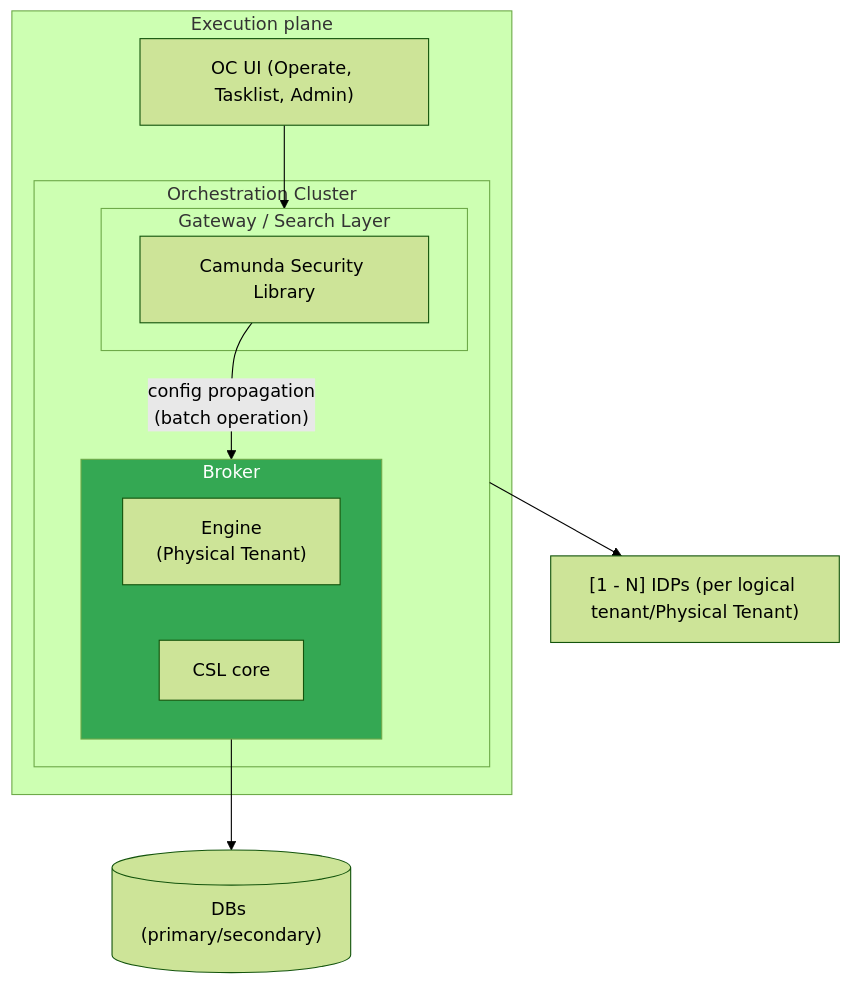
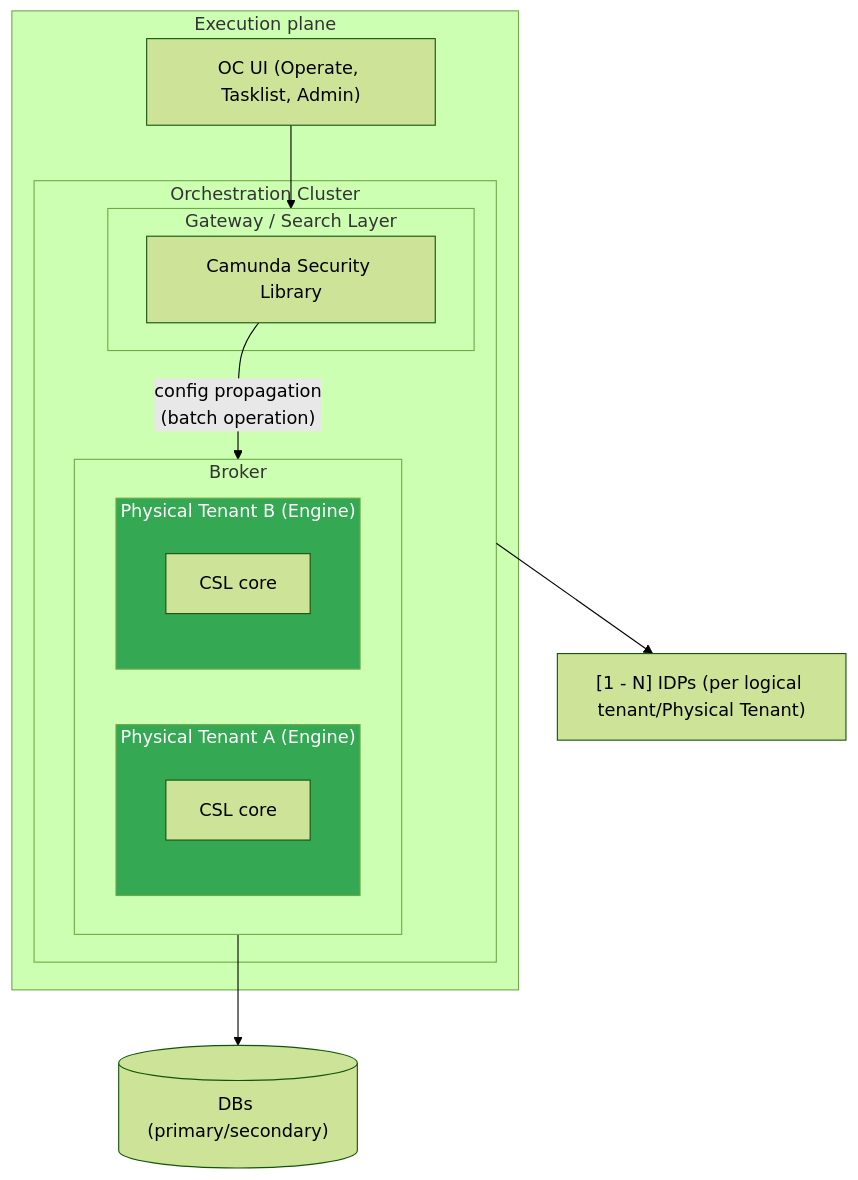
Before and after one commit to camunda/camunda-security-library: the second of 8 diagrams in docs/architecture/05-building-block-view.md, drawn with Mermaid (forest theme). The commit also changed other lines of this file, not shown here.

First line of the commit message:
docs(architecture): nest CSL core inside Physical Tenants in building-block diagrams

````diff
--- a/docs/architecture/05-building-block-view.md
+++ b/docs/architecture/05-building-block-view.md
@@ -78,30 +83,35 @@
 ```mermaid
 flowchart TB
 
   subgraph Execution["Execution plane"]
     OcUi["OC UI (Operate, Tasklist, Admin)"]
 
     subgraph OC["Orchestration Cluster"]
       subgraph GatewayLayer["Gateway / Search Layer"]
         OCLib["Camunda Security Library"]
       end
 
       subgraph Broker["Broker"]
-        Engine["Engine</br>(Physical Tenant)"]
-        CslCore["CSL core"]
+        subgraph PtA["Physical Tenant A (Engine)"]
+          CslCoreA["CSL core"]
+        end
+        subgraph PtB["Physical Tenant B (Engine)"]
+          CslCoreB["CSL core"]
+        end
       end
 
       OCLib -->|"config propagation</br>(batch operation)"| Broker
     end
   end
 
   OcUi --> GatewayLayer
 
   IdPs["[1 - N] IDPs (per logical tenant/Physical Tenant)"]
   DBs[("DBs (primary/secondary)")]
 
   Broker --> DBs
   OC --> IdPs
 
-  style Broker fill:#34a853,color:#fff
+  style PtA fill:#34a853,color:#fff
+  style PtB fill:#34a853,color:#fff
 ```
````
